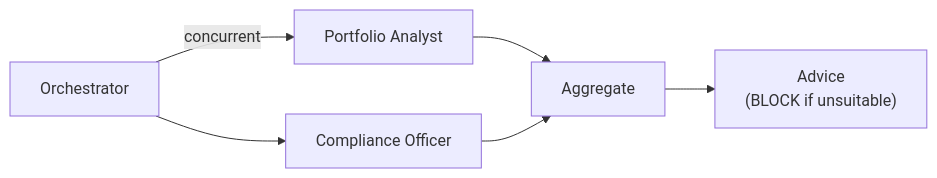
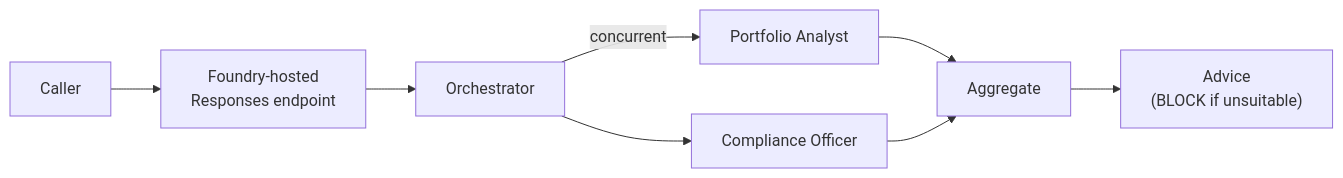
Before and after one commit to SridharArrabelly/foundry-pattern-library: the ninth of 13 diagrams in README.md, drawn with Mermaid. The commit also changed other lines of this file and 49 other files, not shown here.

````diff
--- a/README.md
+++ b/README.md
@@ -258,8 +267,10 @@
 ```mermaid
 flowchart LR
-  O["Orchestrator"] -->|"concurrent"| PA["Portfolio Analyst"]
+  C["Caller"] --> EP["Foundry-hosted<br/>Responses endpoint"]
+  EP --> O["Orchestrator"]
+  O -->|"concurrent"| PA["Portfolio Analyst"]
   O --> CO["Compliance Officer"]
   PA --> AGG["Aggregate"]
   CO --> AGG
   AGG --> RES["Advice<br/>(BLOCK if unsuitable)"]
 ```
````
